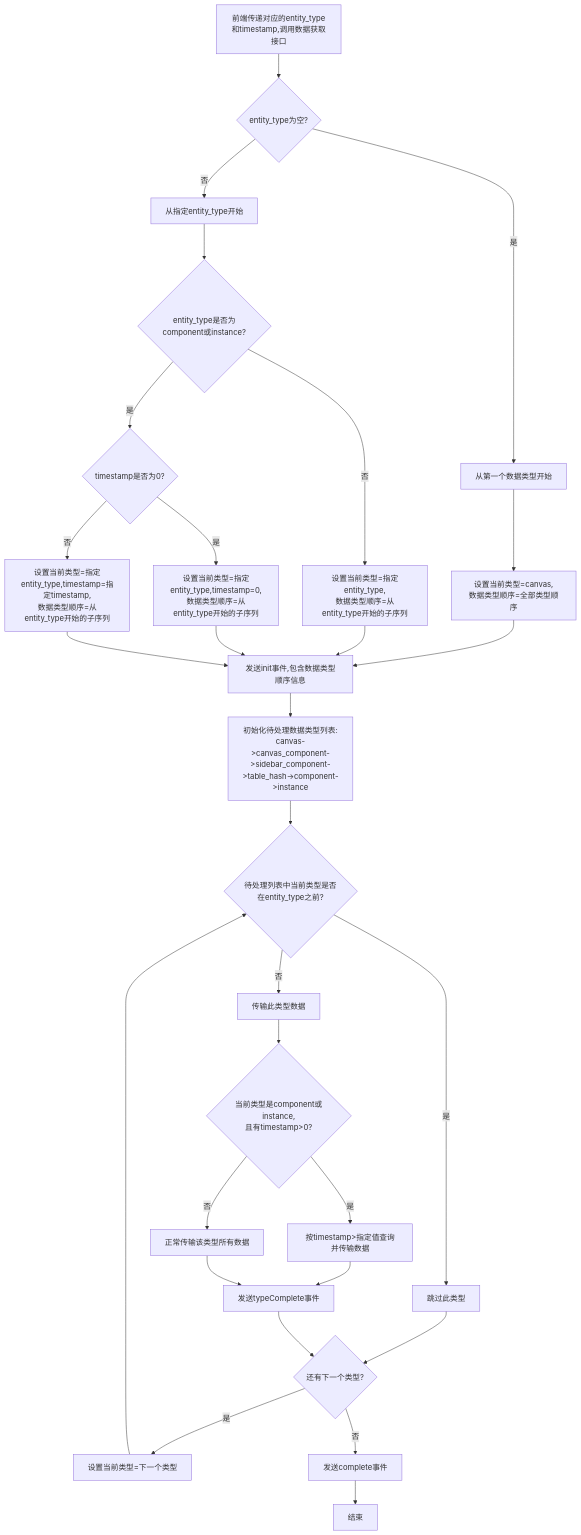
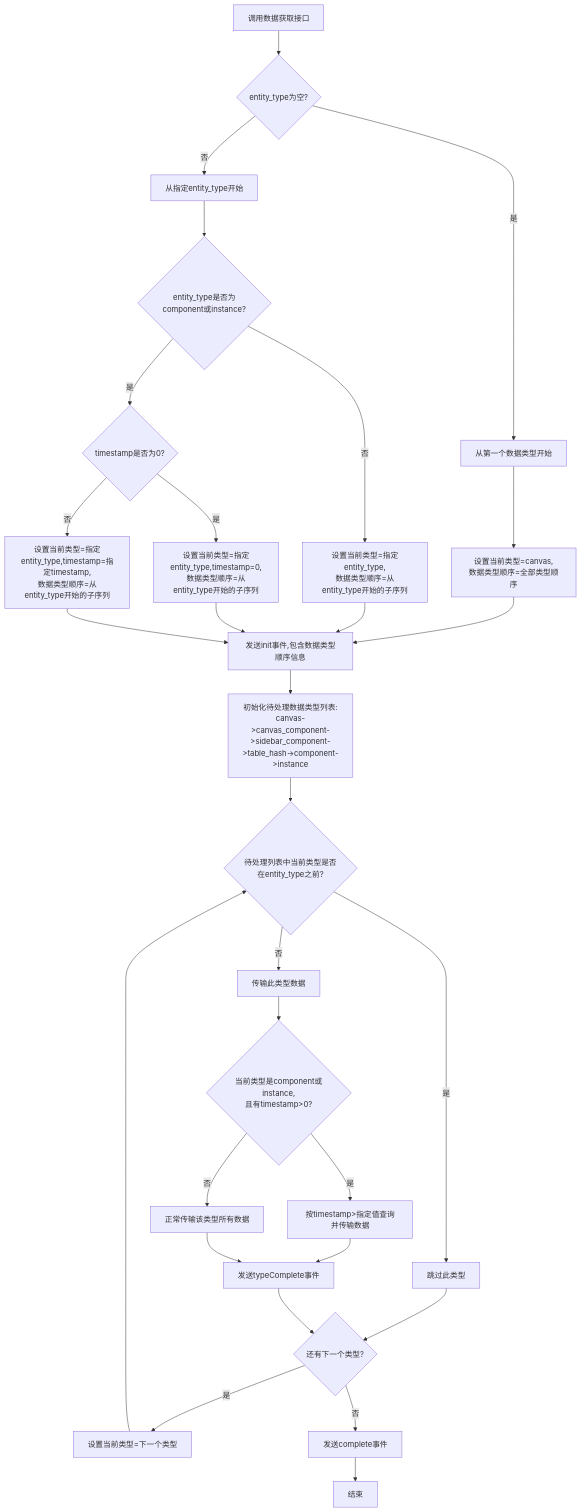
One commit to yingjianzh/iodraw-files changed the diagram in all/未命名-59.md. Above: the diagram before and after it, drawn with Mermaid.

Commit message:
2025-05-14 15:38:14 update

````diff
--- a/all/未命名-59.md
+++ b/all/未命名-59.md
@@ -1,42 +1,42 @@
 ```mermaid
 flowchart TD
-    A[前端传递对应的entity_type和timestamp,调用数据获取接口] --> B{entity_type为空?}
+    A[调用数据获取接口] --> B{entity_type为空?}
 
     B -->|是| C[从第一个数据类型开始]
     B -->|否| D[从指定entity_type开始]
     
     C --> E[设置当前类型=canvas,\n数据类型顺序=全部类型顺序]
     D --> F{entity_type是否为component或instance?}
     
     F -->|否| G[设置当前类型=指定entity_type,\n数据类型顺序=从entity_type开始的子序列]
     F -->|是| H{timestamp是否为0?}
     
     H -->|是| I[设置当前类型=指定entity_type,timestamp=0,\n数据类型顺序=从entity_type开始的子序列]
     H -->|否| J[设置当前类型=指定entity_type,timestamp=指定timestamp,\n数据类型顺序=从entity_type开始的子序列]
     
     E --> K[发送init事件,包含数据类型顺序信息]
     G --> K
     I --> K
     J --> K
     
     K --> L[初始化待处理数据类型列表:\ncanvas->canvas_component->sidebar_component->table_hash->component->instance]
     
     L --> M{待处理列表中当前类型是否在entity_type之前?}
     M -->|是| N[跳过此类型]
     M -->|否| O[传输此类型数据]
     
     O --> P{当前类型是component或instance,\n且有timestamp>0?}
     P -->|是| Q[按timestamp>指定值查询并传输数据]
     P -->|否| R[正常传输该类型所有数据]
     
     Q --> S[发送typeComplete事件]
     R --> S
     N --> T{还有下一个类型?}
     S --> T
     
     T -->|是| U[设置当前类型=下一个类型]
     T -->|否| V[发送complete事件]
     
     U --> M
     V --> W[结束]
 ```
````
